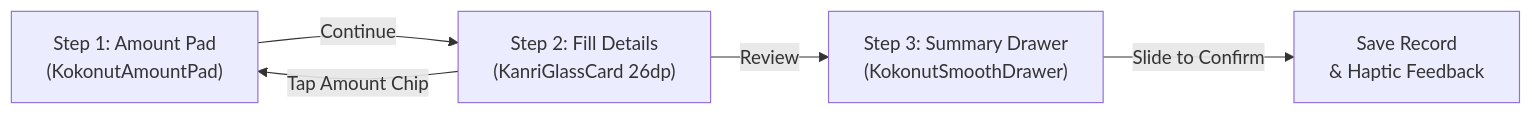
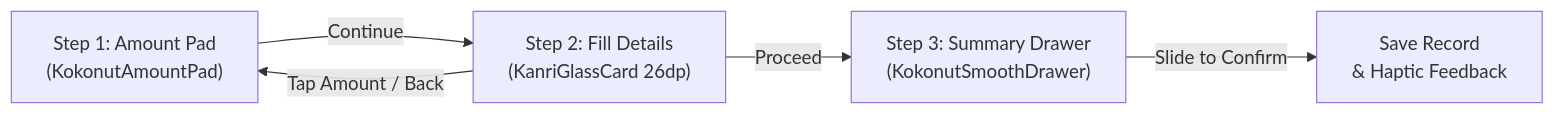
Before and after one commit to omkarnub/Kanri: the diagram in docs/ENTRY_WORKFLOWS_AND_POPUP_DESIGN.md, drawn with Mermaid. The commit also changed other lines of this file and 13 other files, not shown here.

Commit message:
feat(ui): half-screen entry popup with Proceed button, Kokonut summary slider, and fixed 50dp blur & 10% dark tint

````diff
--- a/docs/ENTRY_WORKFLOWS_AND_POPUP_DESIGN.md
+++ b/docs/ENTRY_WORKFLOWS_AND_POPUP_DESIGN.md
@@ -40,7 +45,7 @@
 ```mermaid
 flowchart LR
     A["Step 1: Amount Pad<br/>(KokonutAmountPad)"] -->|"Continue"| B["Step 2: Fill Details<br/>(KanriGlassCard 26dp)"]
-    B -->|"Review"| C["Step 3: Summary Drawer<br/>(KokonutSmoothDrawer)"]
+    B -->|"Proceed"| C["Step 3: Summary Drawer<br/>(KokonutSmoothDrawer)"]
     C -->|"Slide to Confirm"| D["Save Record<br/>& Haptic Feedback"]
-    B -->|"Tap Amount Chip"| A
+    B -->|"Tap Amount / Back"| A
 ```
````
